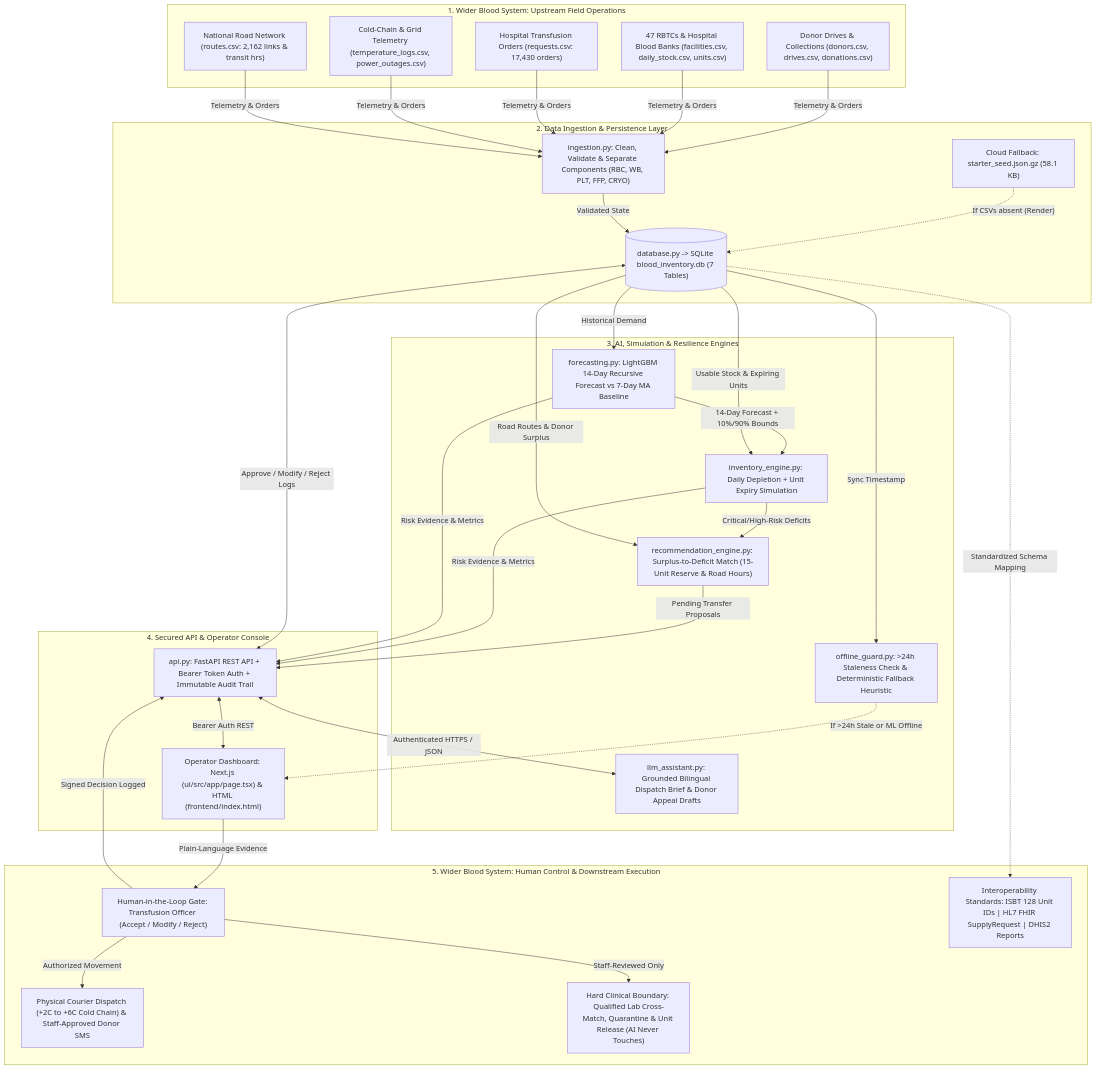
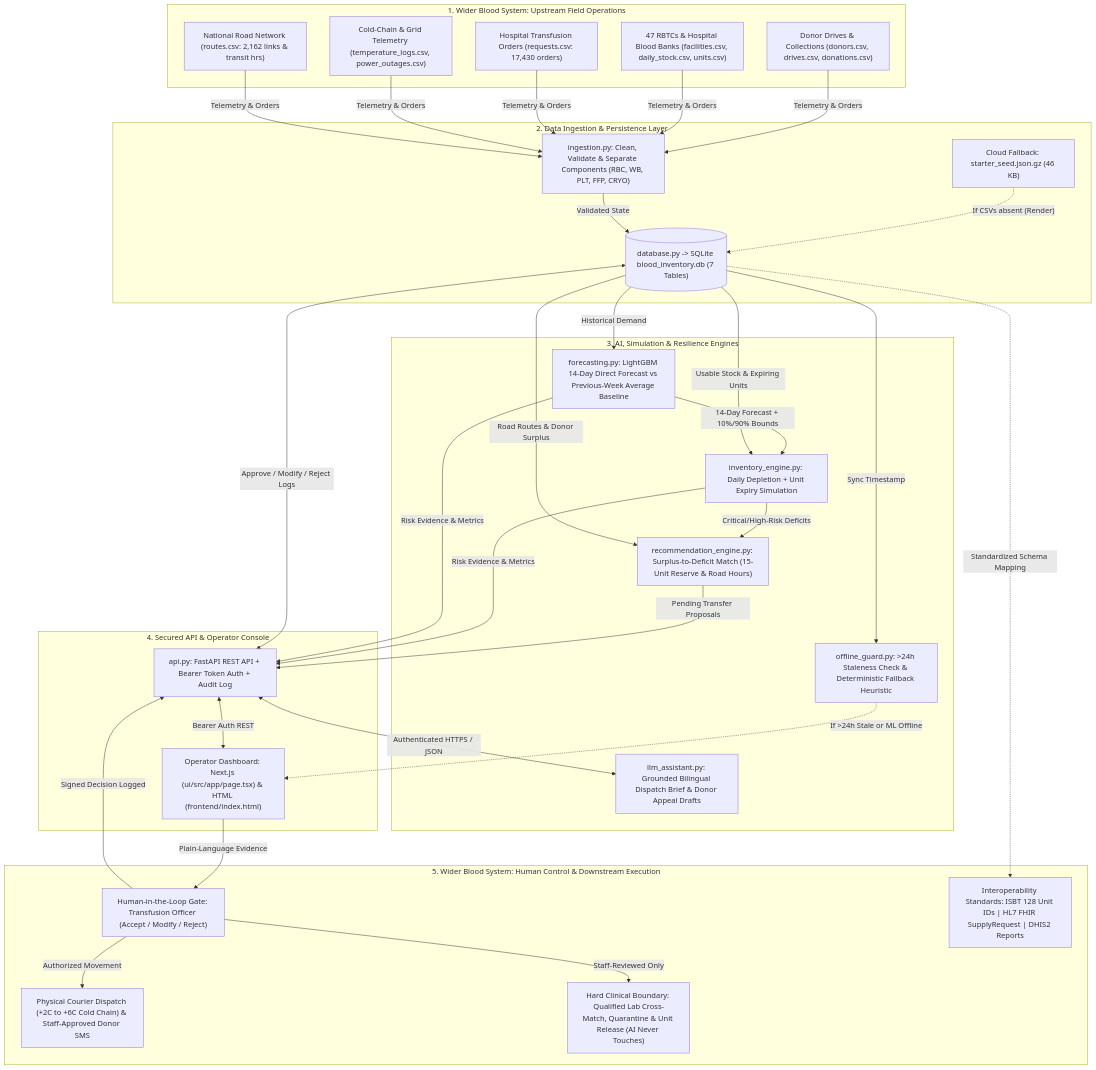
Before and after one commit to Dox45/DamuSignal: the diagram in README.md, drawn with Mermaid. The commit also changed other lines of this file and 5 other files, not shown here.

Commit message:
docs: README follows the organisers' template and matches the code; add architecture image and screenshots

````diff
--- a/README.md
+++ b/README.md
@@ -54,57 +77,57 @@
 ```mermaid
 flowchart TB
     subgraph Wider_Upstream ["1. Wider Blood System: Upstream Field Operations"]
         U1["Donor Drives & Collections (donors.csv, drives.csv, donations.csv)"]
         U2["47 RBTCs & Hospital Blood Banks (facilities.csv, daily_stock.csv, units.csv)"]
         U3["Hospital Transfusion Orders (requests.csv: 17,430 orders)"]
         U4["Cold-Chain & Grid Telemetry (temperature_logs.csv, power_outages.csv)"]
         U5["National Road Network (routes.csv: 2,162 links & transit hrs)"]
     end
 
     subgraph Core_Ingestion ["2. Data Ingestion & Persistence Layer"]
         ING["ingestion.py: Clean, Validate & Separate Components (RBC, WB, PLT, FFP, CRYO)"]
-        SEED["Cloud Fallback: starter_seed.json.gz (58.1 KB)"]
+        SEED["Cloud Fallback: starter_seed.json.gz (46 KB)"]
         DB[("database.py -> SQLite blood_inventory.db (7 Tables)")]
     end
 
     subgraph Predictive_Engine ["3. AI, Simulation & Resilience Engines"]
-        FORE["forecasting.py: LightGBM 14-Day Recursive Forecast vs 7-Day MA Baseline"]
+        FORE["forecasting.py: LightGBM 14-Day Direct Forecast vs Previous-Week Average Baseline"]
         INV["inventory_engine.py: Daily Depletion + Unit Expiry Simulation"]
         REC["recommendation_engine.py: Surplus-to-Deficit Match (15-Unit Reserve & Road Hours)"]
         OFF["offline_guard.py: >24h Staleness Check & Deterministic Fallback Heuristic"]
         LLM["llm_assistant.py: Grounded Bilingual Dispatch Brief & Donor Appeal Drafts"]
     end
 
     subgraph API_UI ["4. Secured API & Operator Console"]
-        API["api.py: FastAPI REST API + Bearer Token Auth + Immutable Audit Trail"]
+        API["api.py: FastAPI REST API + Bearer Token Auth + Audit Log"]
         UI["Operator Dashboard: Next.js (ui/src/app/page.tsx) & HTML (frontend/index.html)"]
     end
 
     subgraph Wider_Downstream ["5. Wider Blood System: Human Control & Downstream Execution"]
         HITL["Human-in-the-Loop Gate: Transfusion Officer (Accept / Modify / Reject)"]
         LOG["Physical Courier Dispatch (+2C to +6C Cold Chain) & Staff-Approved Donor SMS"]
         CLINIC["Hard Clinical Boundary: Qualified Lab Cross-Match, Quarantine & Unit Release (AI Never Touches)"]
         STD["Interoperability Standards: ISBT 128 Unit IDs | HL7 FHIR SupplyRequest | DHIS2 Reports"]
     end
 
     U1 & U2 & U3 & U4 & U5 -->|"Telemetry & Orders"| ING
     SEED -.->|"If CSVs absent (Render)"| DB
     ING -->|"Validated State"| DB
     DB -->|"Historical Demand"| FORE
     FORE -->|"14-Day Forecast + 10%/90% Bounds"| INV
     DB -->|"Usable Stock & Expiring Units"| INV
     INV -->|"Critical/High-Risk Deficits"| REC
     DB -->|"Road Routes & Donor Surplus"| REC
     DB -->|"Sync Timestamp"| OFF
     OFF -.->|"If >24h Stale or ML Offline"| UI
     REC -->|"Pending Transfer Proposals"| API
     INV & FORE -->|"Risk Evidence & Metrics"| API
     DB <-->|"Approve / Modify / Reject Logs"| API
     API <-->|"Authenticated HTTPS / JSON"| LLM
     API <-->|"Bearer Auth REST"| UI
     UI -->|"Plain-Language Evidence"| HITL
     HITL -->|"Signed Decision Logged"| API
     HITL -->|"Authorized Movement"| LOG
     HITL -->|"Staff-Reviewed Only"| CLINIC
     DB -.->|"Standardized Schema Mapping"| STD
 ```
````
